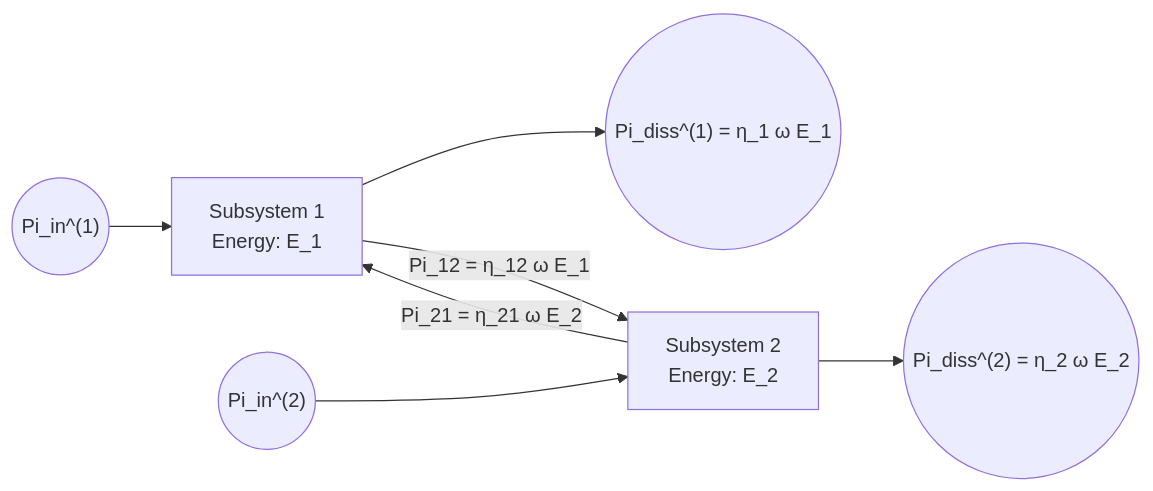
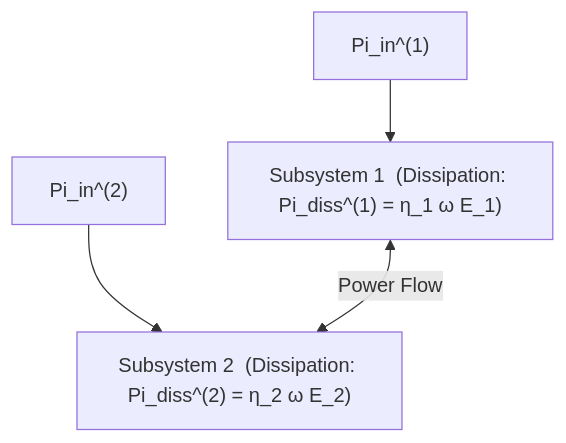
One commit to wemor/SEA-App changed the diagram in docs/manual.md. Above: the diagram before and after it, drawn with Mermaid.

Commit message:
Simplify Mermaid layout for cross-compatibility with Antigravity UI

````diff
--- a/docs/manual.md
+++ b/docs/manual.md
@@ -27,14 +27,6 @@
 ```mermaid
-flowchart LR
-    %% Subsystem 1
-    Pin1(("Pi_in^(1)")) --> S1["Subsystem 1<br>Energy: E_1"]
-    S1 --> Pdiss1(("Pi_diss^(1) = η_1 ω E_1"))
-    
-    %% Subsystem 2
-    Pin2(("Pi_in^(2)")) --> S2["Subsystem 2<br>Energy: E_2"]
-    S2 --> Pdiss2(("Pi_diss^(2) = η_2 ω E_2"))
-    
-    %% Coupling
-    S1 -- "Pi_12 = η_12 ω E_1" --> S2
-    S2 -- "Pi_21 = η_21 ω E_2" --> S1
+graph TD
+    P1["Pi_in^(1)"] --> S1["Subsystem 1  (Dissipation: Pi_diss^(1) = η_1 ω E_1)"]
+    P2["Pi_in^(2)"] --> S2["Subsystem 2  (Dissipation: Pi_diss^(2) = η_2 ω E_2)"]
+    S1 <-->|"Power Flow"| S2
 ```
````
